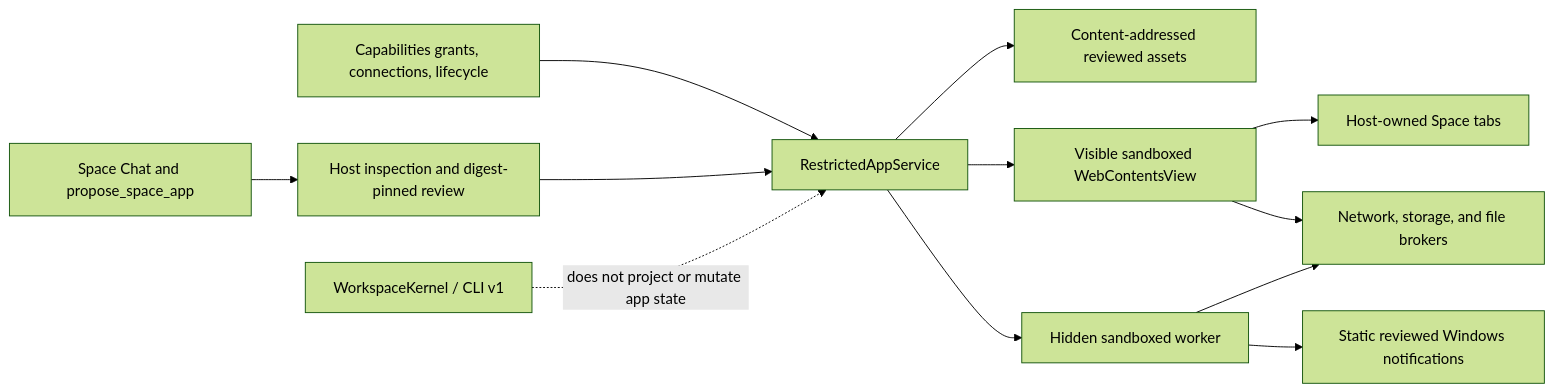
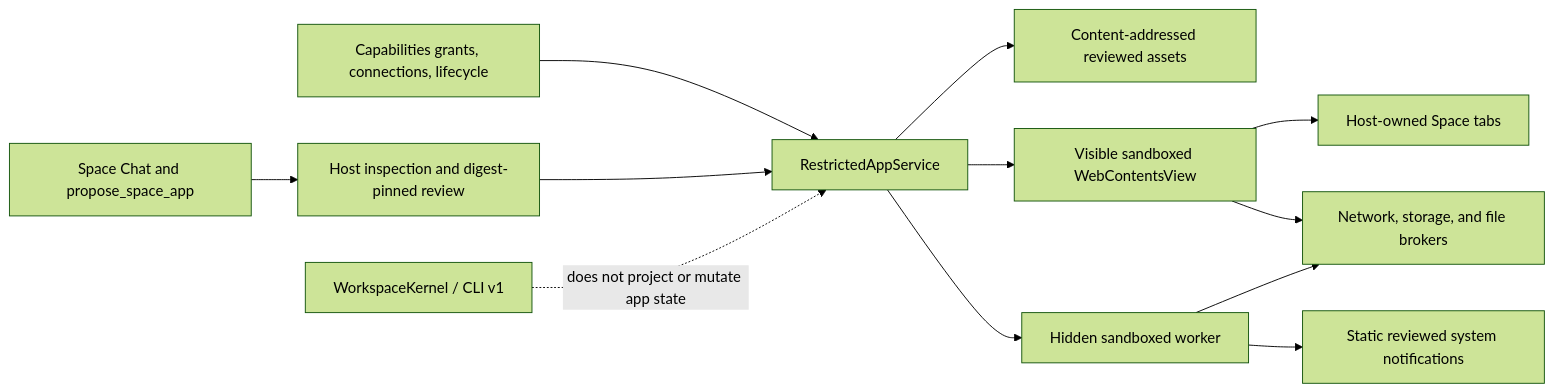
The second of 2 diagrams in docs/architecture.md (Mat-Tom-Son/workspace), drawn with Mermaid (forest theme) before and after one commit. The commit also changed other lines of this file and 65 other files, not shown here.

````diff
--- a/docs/architecture.md
+++ b/docs/architecture.md
@@ -76,14 +76,14 @@
 ```mermaid
 flowchart LR
   chat["Space Chat and propose_space_app"] --> review["Host inspection and digest-pinned review"]
   capabilities["Capabilities grants, connections, lifecycle"] --> service["RestrictedAppService"]
   review --> service
   service --> staged["Content-addressed reviewed assets"]
   service --> visible["Visible sandboxed WebContentsView"]
   service --> worker["Hidden sandboxed worker"]
   visible --> tabs["Host-owned Space tabs"]
   visible --> brokers["Network, storage, and file brokers"]
   worker --> brokers
-  worker --> notifications["Static reviewed Windows notifications"]
+  worker --> notifications["Static reviewed system notifications"]
   kernel["WorkspaceKernel / CLI v1"] -. "does not project or mutate app state" .-> service
 ```
````
